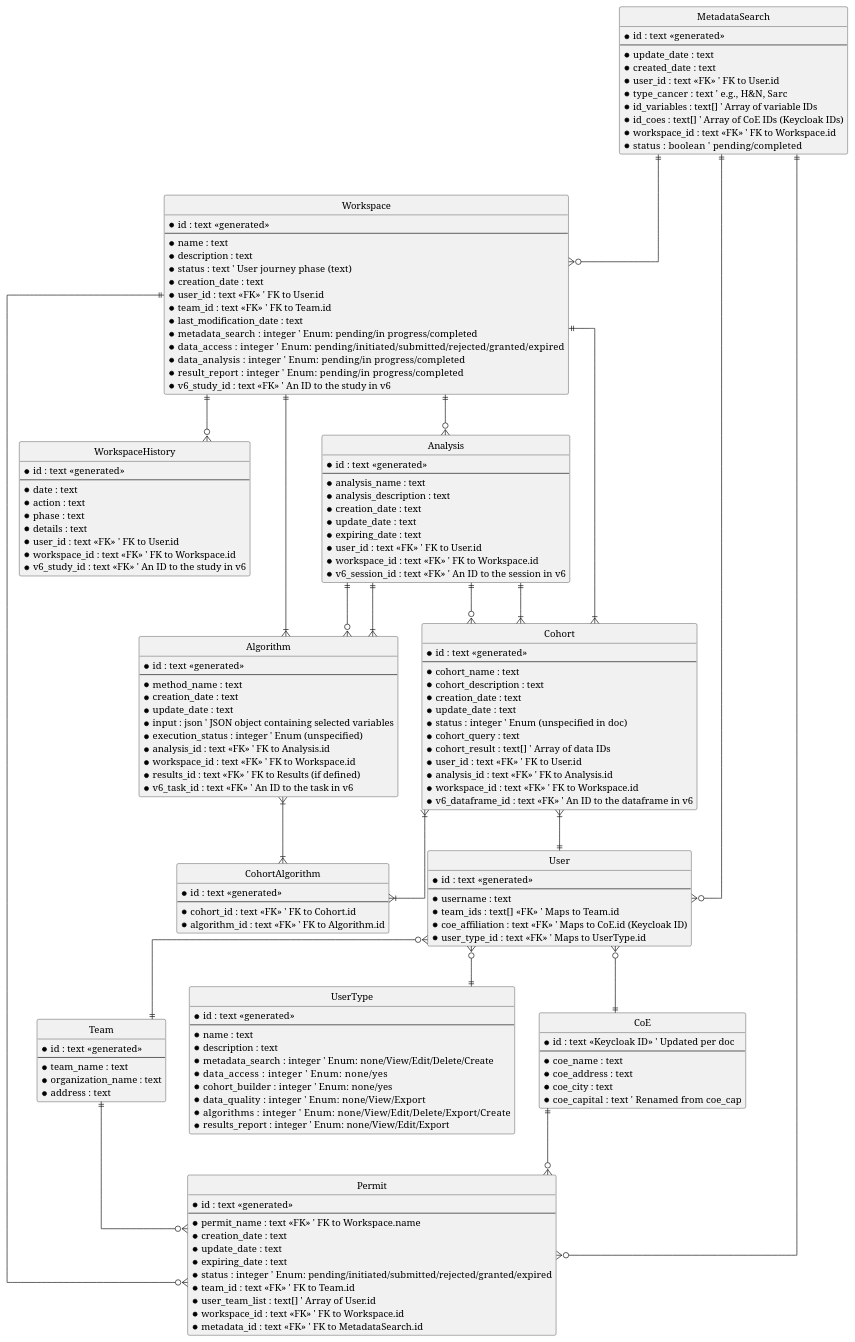
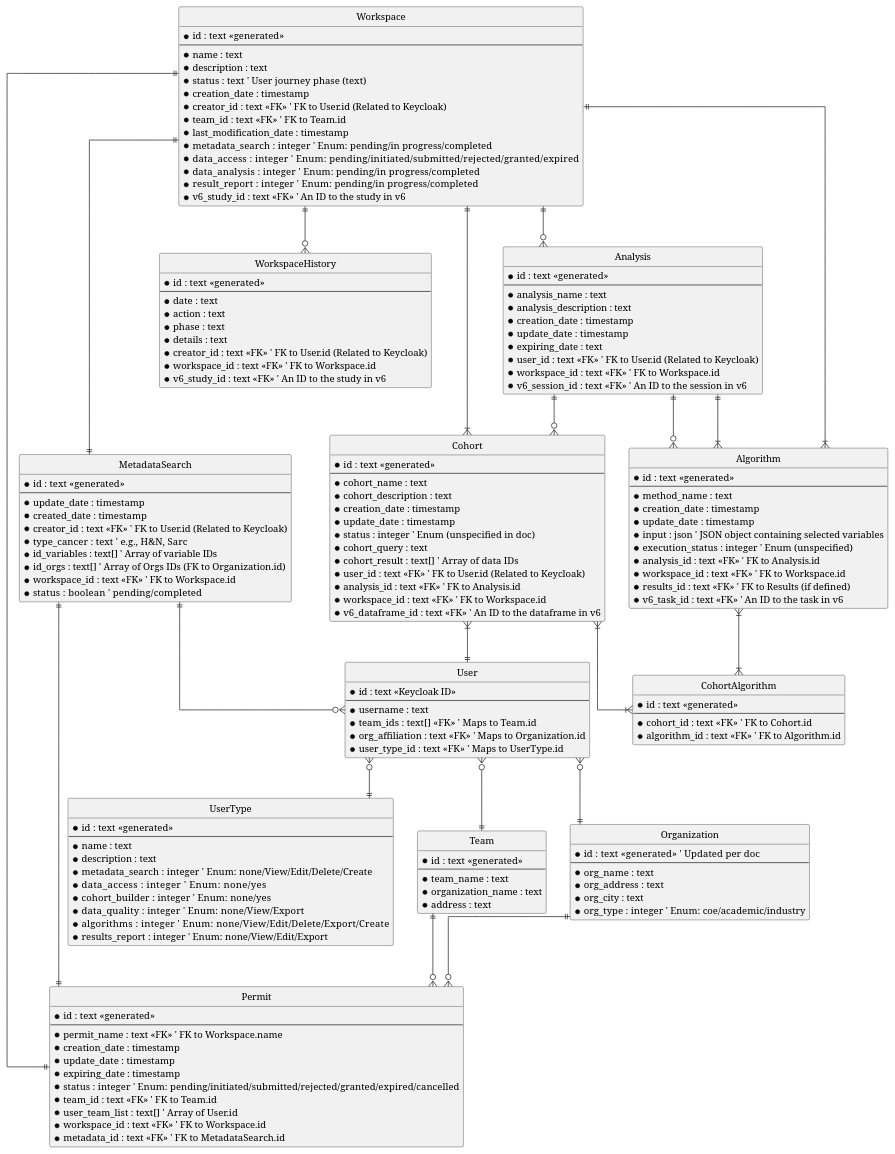
Before and after one commit to IDEA4RC/raven-database-model: the diagram in model.plantuml, drawn with PlantUML.

Commit message:
UML update

```diff
--- a/model.plantuml
+++ b/model.plantuml
@@ -1,178 +1,179 @@
 @startuml RavenDB
 
 ' configuration
 hide circle
 skinparam linetype ortho
 
 ' ---- Entities ----
 entity User {
-    * id : text <<generated>>
+    * id : text <<Keycloak ID>>
     --
     * username : text
     * team_ids : text[] <<FK>>  ' Maps to Team.id
-    * coe_affiliation : text <<FK>>  ' Maps to CoE.id (Keycloak ID)
+    * org_affiliation : text <<FK>>  ' Maps to Organization.id 
     * user_type_id : text <<FK>>  ' Maps to UserType.id
 }
 
 entity Team {
     * id : text <<generated>>
     --
     * team_name : text
     * organization_name : text
     * address : text
 }
 
-entity CoE {
-    * id : text <<Keycloak ID>>  ' Updated per doc
+entity Organization {
+    * id : text <<generated>>  ' Updated per doc
     --
-    * coe_name : text
-    * coe_address : text
-    * coe_city : text
-    * coe_capital : text  ' Renamed from coe_cap
+    * org_name : text
+    * org_address : text
+    * org_city : text
+    * org_type : integer  ' Enum: coe/academic/industry
 }
 
 entity UserType {
     * id : text <<generated>>
     --
     * name : text
     * description : text
     * metadata_search : integer  ' Enum: none/View/Edit/Delete/Create
     * data_access : integer      ' Enum: none/yes
     * cohort_builder : integer   ' Enum: none/yes
     * data_quality : integer     ' Enum: none/View/Export
     * algorithms : integer       ' Enum: none/View/Edit/Delete/Export/Create
     * results_report : integer   ' Enum: none/View/Edit/Export
 }
 
 entity Permit {
     * id : text <<generated>>
     --
     * permit_name : text <<FK>>  ' FK to Workspace.name
-    * creation_date : text
-    * update_date : text
-    * expiring_date : text
-    * status : integer  ' Enum: pending/initiated/submitted/rejected/granted/expired
+    * creation_date : timestamp
+    * update_date : timestamp
+    * expiring_date : timestamp
+    * status : integer  ' Enum: pending/initiated/submitted/rejected/granted/expired/cancelled
     * team_id : text <<FK>>  ' FK to Team.id
     * user_team_list : text[]  ' Array of User.id
     * workspace_id : text <<FK>>  ' FK to Workspace.id
     * metadata_id : text <<FK>>  ' FK to MetadataSearch.id
 }
 
 entity MetadataSearch {
     * id : text <<generated>>
     --
-    * update_date : text
-    * created_date : text
-    * user_id : text <<FK>>  ' FK to User.id
+    * update_date : timestamp
+    * created_date : timestamp
+    * creator_id : text <<FK>>  ' FK to User.id (Related to Keycloak)
     * type_cancer : text  ' e.g., H&N, Sarc
     * id_variables : text[]  ' Array of variable IDs
-    * id_coes : text[]  ' Array of CoE IDs (Keycloak IDs)
+    * id_orgs : text[]  ' Array of Orgs IDs (FK to Organization.id)
     * workspace_id : text <<FK>>  ' FK to Workspace.id
     * status : boolean  ' pending/completed
 }
 
 entity Workspace {
     * id : text <<generated>>
     --
     * name : text
     * description : text
     * status : text  ' User journey phase (text)
-    * creation_date : text
-    * user_id : text <<FK>>  ' FK to User.id
+    * creation_date : timestamp
+    * creator_id : text <<FK>>  ' FK to User.id (Related to Keycloak)
     * team_id : text <<FK>>  ' FK to Team.id
-    * last_modification_date : text
+    * last_modification_date : timestamp
     * metadata_search : integer  ' Enum: pending/in progress/completed
     * data_access : integer      ' Enum: pending/initiated/submitted/rejected/granted/expired
     * data_analysis : integer    ' Enum: pending/in progress/completed
     * result_report : integer    ' Enum: pending/in progress/completed
     * v6_study_id : text <<FK>>  ' An ID to the study in v6
 }
 
 entity WorkspaceHistory {
     * id : text <<generated>>
     --
     * date : text
     * action : text
     * phase : text
     * details : text
-    * user_id : text <<FK>>  ' FK to User.id
+    * creator_id : text <<FK>>  ' FK to User.id (Related to Keycloak)
     * workspace_id : text <<FK>>  ' FK to Workspace.id
     * v6_study_id : text <<FK>>  ' An ID to the study in v6
 }
 
 entity Analysis {
     * id : text <<generated>>
     --
     * analysis_name : text
     * analysis_description : text
-    * creation_date : text
-    * update_date : text
+    * creation_date : timestamp
+    * update_date : timestamp
     * expiring_date : text
-    * user_id : text <<FK>>  ' FK to User.id
+    * user_id : text <<FK>>  ' FK to User.id (Related to Keycloak)
     * workspace_id : text <<FK>>  ' FK to Workspace.id
     * v6_session_id : text <<FK>>  ' An ID to the session in v6
 }
 
 entity Cohort {
     * id : text <<generated>>
     --
     * cohort_name : text
     * cohort_description : text
-    * creation_date : text
-    * update_date : text
+    * creation_date : timestamp
+    * update_date : timestamp
     * status : integer  ' Enum (unspecified in doc)
     * cohort_query : text
     * cohort_result : text[]  ' Array of data IDs
-    * user_id : text <<FK>>  ' FK to User.id
+    * user_id : text <<FK>>  ' FK to User.id (Related to Keycloak)
     * analysis_id : text <<FK>>  ' FK to Analysis.id
     * workspace_id : text <<FK>>  ' FK to Workspace.id
     * v6_dataframe_id : text <<FK>>  ' An ID to the dataframe in v6
 }
 
 entity Algorithm {
     * id : text <<generated>>
     --
     * method_name : text
-    * creation_date : text
-    * update_date : text
+    * creation_date : timestamp
+    * update_date : timestamp
     * input : json ' JSON object containing selected variables
     * execution_status : integer  ' Enum (unspecified)
     * analysis_id : text <<FK>>  ' FK to Analysis.id
     * workspace_id : text <<FK>>  ' FK to Workspace.id
     * results_id : text <<FK>>  ' FK to Results (if defined)
     * v6_task_id : text <<FK>>  ' An ID to the task in v6
 }
 
 entity CohortAlgorithm {
     * id : text <<generated>>
     --
     * cohort_id : text <<FK>>  ' FK to Cohort.id
     * algorithm_id : text <<FK>>  ' FK to Algorithm.id
 }
 
 ' ---- Relationships ----
 User }o--|| Team
-User }o--|| CoE
+User }o--|| Organization
 User }o--|| UserType
-CoE ||--o{ Permit
+Organization ||--o{ Permit
 Team ||--o{ Permit
-Workspace ||--o{ Permit
+
+Workspace ||--|| Permit
+Workspace ||--|| MetadataSearch
+MetadataSearch ||--|| Permit
+
 Workspace ||--o{ WorkspaceHistory
 Workspace ||--o{ Analysis
 Analysis ||--o{ Cohort
 Analysis ||--o{ Algorithm
-MetadataSearch ||--o{ Permit
-MetadataSearch ||--o{ Workspace
 MetadataSearch ||--o{ User
 
-Cohort }|--|| Analysis
 Cohort }|--|| Workspace
 Cohort }|--|| User
 
 Algorithm }|--|| Analysis
 Algorithm }|--|| Workspace
 
 Cohort }|--|{ CohortAlgorithm
 Algorithm }|--|{ CohortAlgorithm
 
 @enduml
```
